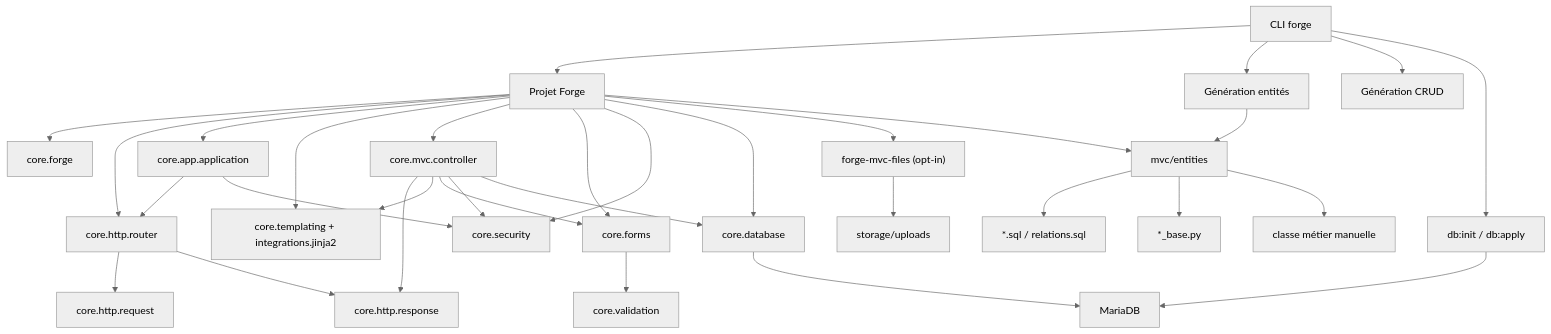
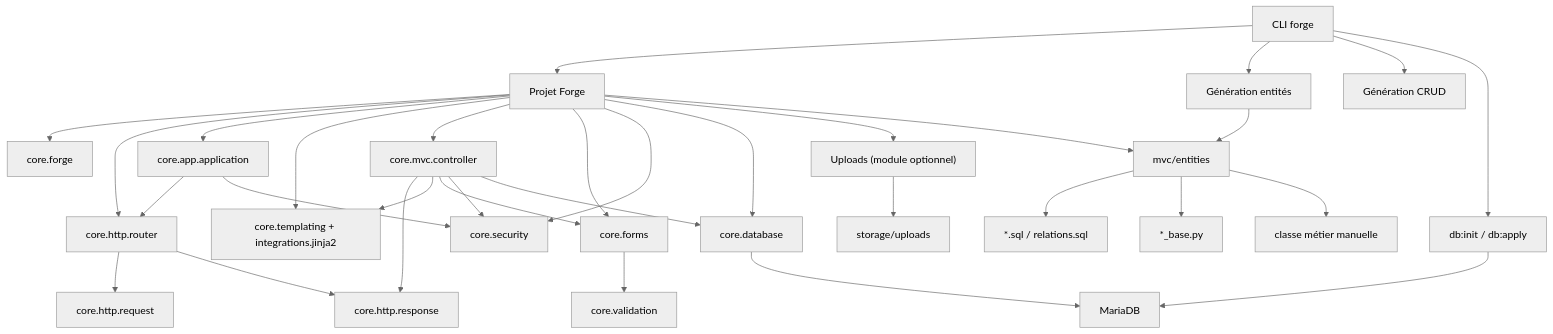
One commit to caucrogeGit/Forge changed the diagram in docs/reference/reference-schema.md. Above: the diagram before and after it, drawn with Mermaid (neutral theme). The commit also changed 7 other files, not shown here.

First line of the commit message:
docs: neutraliser les mentions opt-in incidentes du cœur (diagrammes, profils, prose) (ADR-042)

````diff
--- a/docs/reference/reference-schema.md
+++ b/docs/reference/reference-schema.md
@@ -21,36 +21,36 @@
 ```mermaid
 flowchart TD
     CLI["CLI forge"] --> Project["Projet Forge"]
     CLI --> EntityGen["Génération entités"]
     CLI --> CrudGen["Génération CRUD"]
     CLI --> DbTools["db:init / db:apply"]
 
     Project --> CoreConfig["core.forge"]
     Project --> Router["core.http.router"]
     Project --> App["core.app.application"]
     Project --> Templates["core.templating + integrations.jinja2"]
     Project --> Controllers["core.mvc.controller"]
     Project --> Forms["core.forms"]
     Project --> Security["core.security"]
     Project --> Database["core.database"]
-    Project --> Uploads["forge-mvc-files (opt-in)"]
+    Project --> Uploads["Uploads (module optionnel)"]
     Project --> Entities["mvc/entities"]
 
     App --> Router
     App --> Security
     Router --> Request["core.http.request"]
     Router --> Response["core.http.response"]
     Controllers --> Response
     Controllers --> Templates
     Controllers --> Forms
     Controllers --> Security
     Controllers --> Database
     Forms --> Validation["core.validation"]
     EntityGen --> Entities
     Entities --> GeneratedSql["*.sql / relations.sql"]
     Entities --> GeneratedBase["*_base.py"]
     Entities --> ManualClass["classe métier manuelle"]
     Database --> MariaDB["MariaDB"]
     DbTools --> MariaDB
     Uploads --> Storage["storage/uploads"]
 ```
````
